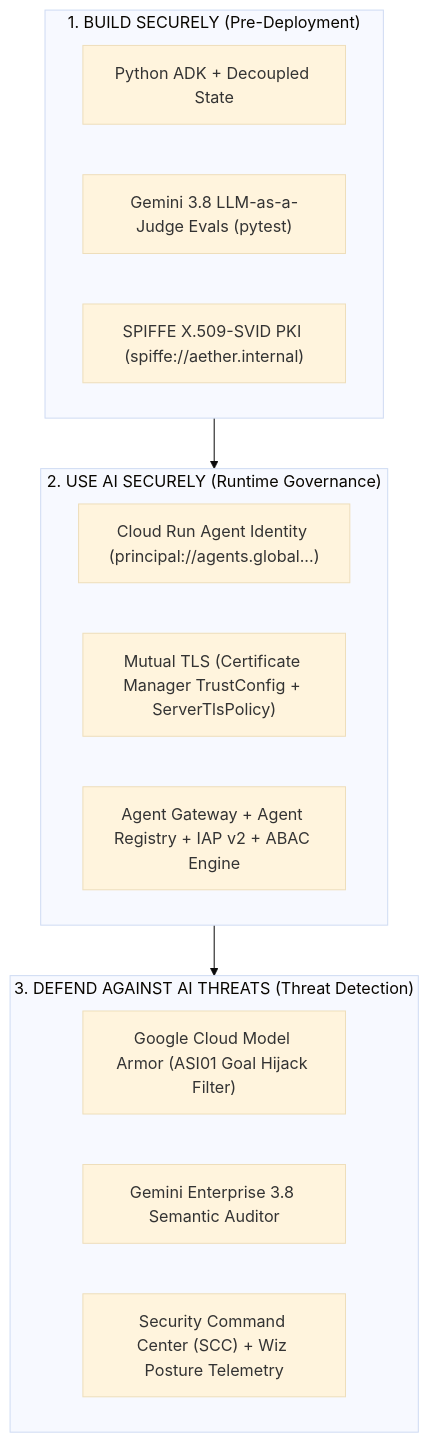
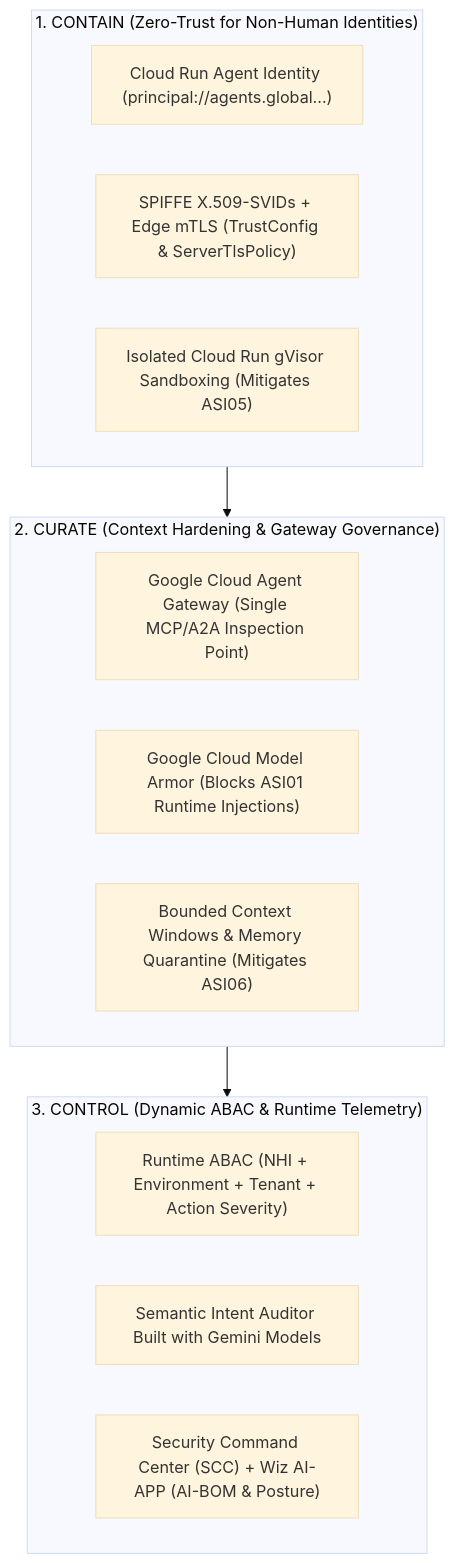
Before and after one commit to gchenry/aether-ops-agent: the second of 2 diagrams in Slides.md, drawn with Mermaid (base theme). The commit also changed other lines of this file and 15 other files, not shown here.

````diff
--- a/Slides.md
+++ b/Slides.md
@@ -64,19 +105,19 @@
 ```mermaid
 flowchart TB
-    subgraph P1["1. BUILD SECURELY (Pre-Deployment)"]
-        ADK["Python ADK + Decoupled State"]
-        Eval["Gemini 3.8 LLM-as-a-Judge Evals (pytest)"]
-        PKI["SPIFFE X.509-SVID PKI (spiffe://aether.internal)"]
+    subgraph C1["1. CONTAIN (Zero-Trust for Non-Human Identities)"]
+        NHI["Cloud Run Agent Identity (principal://agents.global...)"]
+        SVID["SPIFFE X.509-SVIDs + Edge mTLS (TrustConfig & ServerTlsPolicy)"]
+        GVISOR["Isolated Cloud Run gVisor Sandboxing (Mitigates ASI05)"]
     end
-    subgraph P2["2. USE AI SECURELY (Runtime Governance)"]
-        ID["Cloud Run Agent Identity (principal://agents.global...)"]
-        MTLS["Mutual TLS (Certificate Manager TrustConfig + ServerTlsPolicy)"]
-        GW["Agent Gateway + Agent Registry + IAP v2 + ABAC Engine"]
+    subgraph C2["2. CURATE (Context Hardening & Gateway Governance)"]
+        AGW["Google Cloud Agent Gateway (Single MCP/A2A Inspection Point)"]
+        ARMOR["Google Cloud Model Armor (Blocks ASI01 Runtime Injections)"]
+        MEM["Bounded Context Windows & Memory Quarantine (Mitigates ASI06)"]
     end
-    subgraph P3["3. DEFEND AGAINST AI THREATS (Threat Detection)"]
-        MA["Google Cloud Model Armor (ASI01 Goal Hijack Filter)"]
-        GEM["Gemini Enterprise 3.8 Semantic Auditor"]
-        SCC["Security Command Center (SCC) + Wiz Posture Telemetry"]
+    subgraph C3["3. CONTROL (Dynamic ABAC & Runtime Telemetry)"]
+        ABAC["Runtime ABAC (NHI + Environment + Tenant + Action Severity)"]
+        AUD["Semantic Intent Auditor Built with Gemini Models"]
+        OBS["Security Command Center (SCC) + Wiz AI-APP (AI-BOM & Posture)"]
     end
-    P1 --> P2 --> P3
+    C1 --> C2 --> C3
 ```
````
